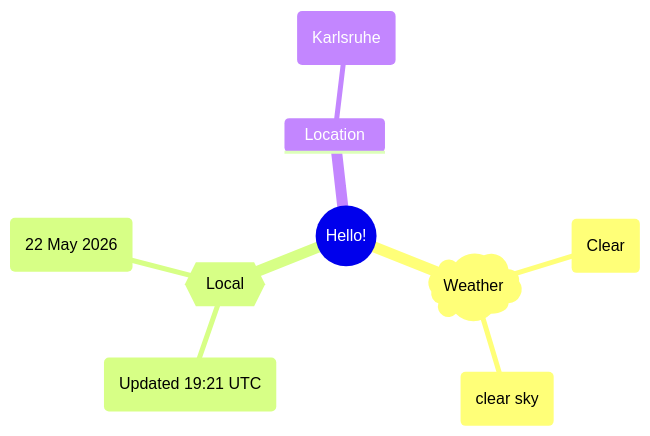
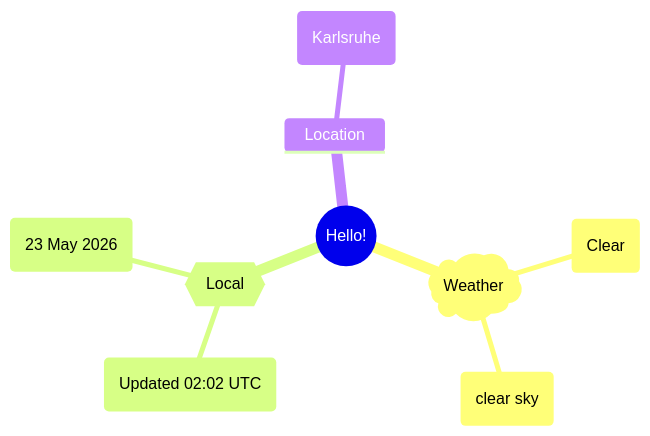
Before and after one commit to Xosrov/Xosrov: the first of 2 diagrams in README.md, drawn with Mermaid.

Commit message:
[bot] updated images

````diff
--- a/README.md
+++ b/README.md
@@ -3,12 +3,12 @@
 ```mermaid
 mindmap
   root((Hello!))
     )Weather(
         (Clear)
         (clear sky)
     {{Local}}
-        (Updated 19:21 UTC)
-        (22 May 2026)
+        (Updated 02:02 UTC)
+        (23 May 2026)
     Location
         (Karlsruhe)
 ```
````
